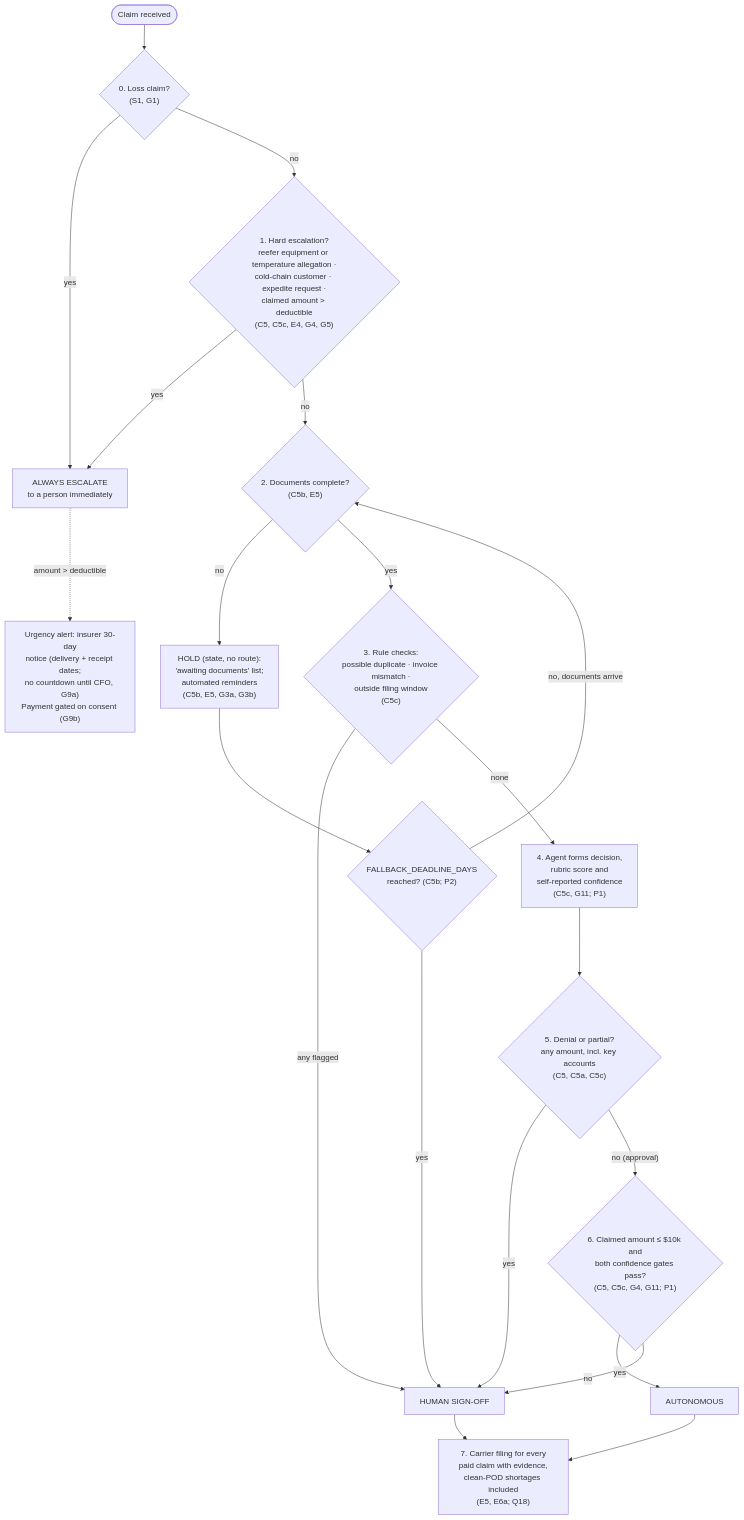
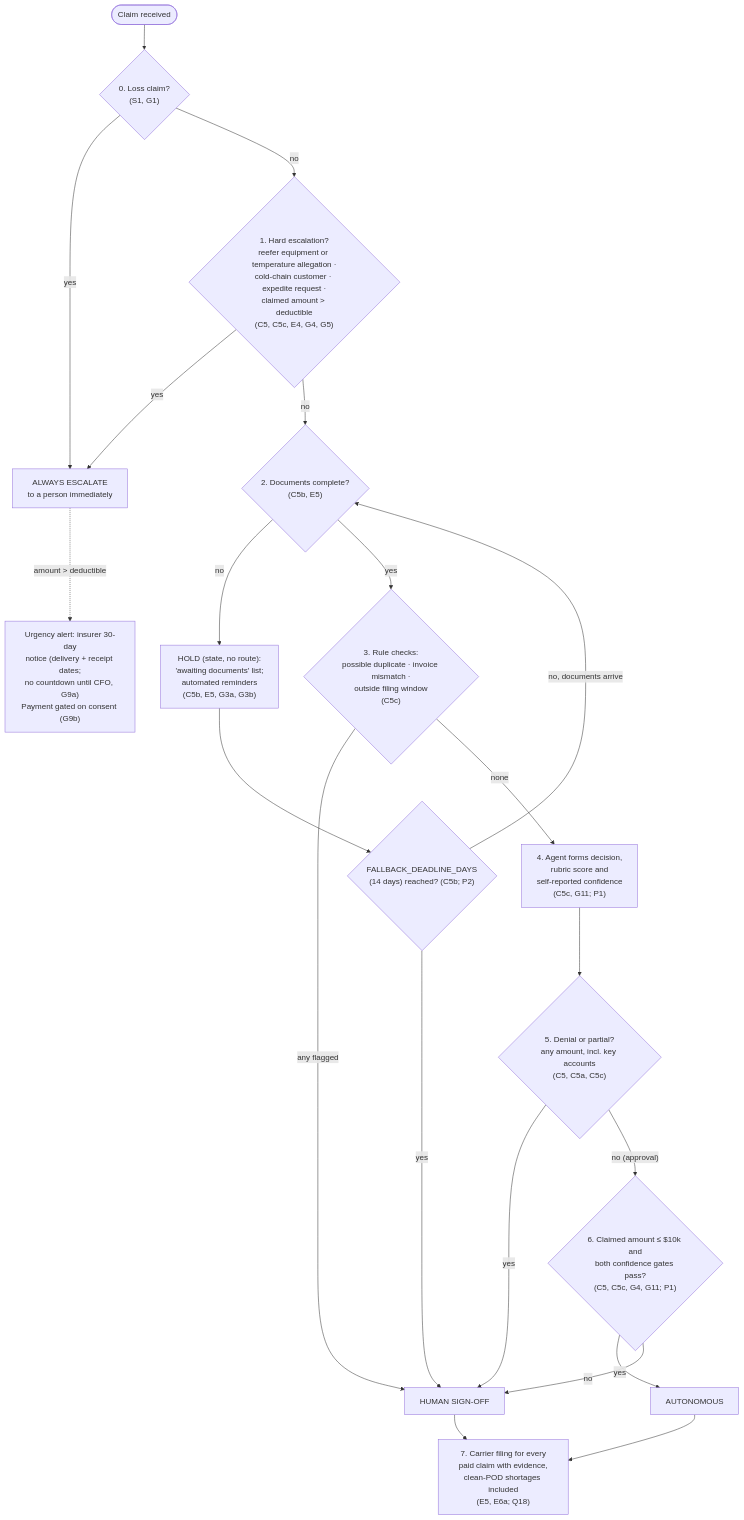
Before and after one commit to ahmadmadar/process-to-agent: the diagram in engagement/02-redesign/decision-tree.md, drawn with Mermaid. The commit also changed other lines of this file and 11 other files, not shown here.

First line of the commit message:
docs: set fallback deadline, flag duplicates at intake, add sponsor summaries

````diff
--- a/engagement/02-redesign/decision-tree.md
+++ b/engagement/02-redesign/decision-tree.md
@@ -19,23 +19,23 @@
 ```mermaid
 flowchart TD
     IN(["Claim received"]) --> S0{"0. Loss claim?<br/>(S1, G1)"}
     S0 -- yes --> ESC
     S0 -- no --> S1{"1. Hard escalation?<br/>reefer equipment or temperature allegation ·<br/>cold-chain customer · expedite request ·<br/>claimed amount > deductible<br/>(C5, C5c, E4, G4, G5)"}
     S1 -- yes --> ESC["ALWAYS ESCALATE<br/>to a person immediately"]
     ESC -. "amount > deductible" .-> ALERT["Urgency alert: insurer 30-day<br/>notice (delivery + receipt dates;<br/>no countdown until CFO, G9a)<br/>Payment gated on consent (G9b)"]
     S1 -- no --> S2{"2. Documents complete?<br/>(C5b, E5)"}
     S2 -- no --> HOLD["HOLD (state, no route):<br/>'awaiting documents' list;<br/>automated reminders<br/>(C5b, E5, G3a, G3b)"]
-    HOLD --> S2D{"FALLBACK_DEADLINE_DAYS<br/>reached? (C5b; P2)"}
+    HOLD --> S2D{"FALLBACK_DEADLINE_DAYS<br/>(14 days) reached? (C5b; P2)"}
     S2D -- "no, documents arrive" --> S2
     S2D -- yes --> SIGN["HUMAN SIGN-OFF"]
     S2 -- yes --> S3{"3. Rule checks:<br/>possible duplicate · invoice mismatch ·<br/>outside filing window<br/>(C5c)"}
     S3 -- any flagged --> SIGN
     S3 -- none --> S4["4. Agent forms decision,<br/>rubric score and<br/>self-reported confidence<br/>(C5c, G11; P1)"]
     S4 --> S5{"5. Denial or partial?<br/>any amount, incl. key accounts<br/>(C5, C5a, C5c)"}
     S5 -- yes --> SIGN
     S5 -- "no (approval)" --> S6{"6. Claimed amount ≤ $10k and<br/>both confidence gates pass?<br/>(C5, C5c, G4, G11; P1)"}
     S6 -- yes --> AUTO["AUTONOMOUS"]
     S6 -- no --> SIGN
     AUTO --> FILE["7. Carrier filing for every<br/>paid claim with evidence,<br/>clean-POD shortages included<br/>(E5, E6a; Q18)"]
     SIGN --> FILE
 ```
````
